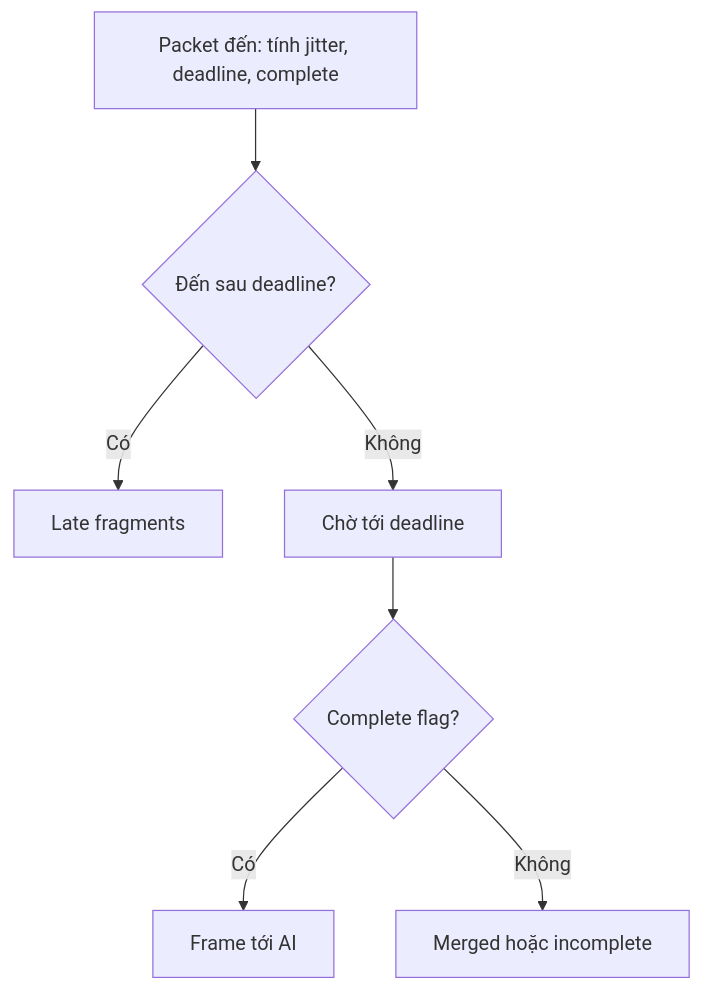
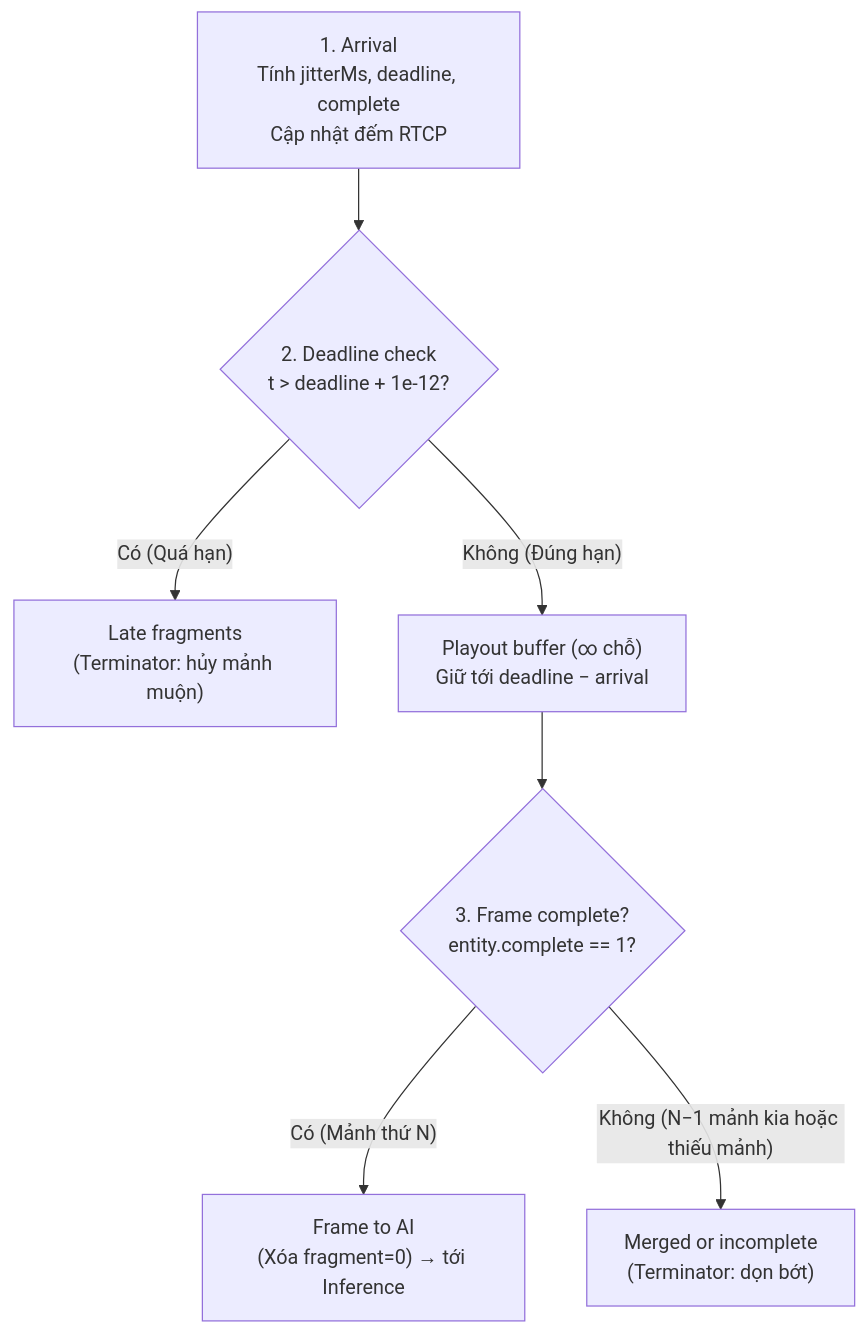
Before and after one commit to KaiserRichard/edge-ai-video-runtime: the third of 3 diagrams in study-site/docs/sessions/02-B-simevents-model.md, drawn with Mermaid. The commit also changed other lines of this file and 1 other file, not shown here.

````diff
--- a/study-site/docs/sessions/02-B-simevents-model.md
+++ b/study-site/docs/sessions/02-B-simevents-model.md
@@ -208,9 +759,9 @@
 ```mermaid
 flowchart TD
- A[Packet đến: tính jitter, deadline, complete] --> B{Đến sau deadline?}
- B -->|Có| L[Late fragments]
- B -->|Không| W[Chờ tới deadline]
- W --> C{Complete flag?}
- C -->|Có| I[Frame tới AI]
- C -->|Không| X[Merged hoặc incomplete]
+  A["1. Arrival<br/>Tính jitterMs, deadline, complete<br/>Cập nhật đếm RTCP"] --> B{"2. Deadline check<br/>t > deadline + 1e-12?"}
+  B -->|"Có (Quá hạn)"| L["Late fragments<br/>(Terminator: hủy mảnh muộn)"]
+  B -->|"Không (Đúng hạn)"| W["Playout buffer (∞ chỗ)<br/>Giữ tới deadline − arrival"]
+  W --> C{"3. Frame complete?<br/>entity.complete == 1?"}
+  C -->|"Có (Mảnh thứ N)"| I["Frame to AI<br/>(Xóa fragment=0) → tới Inference"]
+  C -->|"Không (N−1 mảnh kia hoặc thiếu mảnh)"| X["Merged or incomplete<br/>(Terminator: dọn bớt)"]
 ```
````
